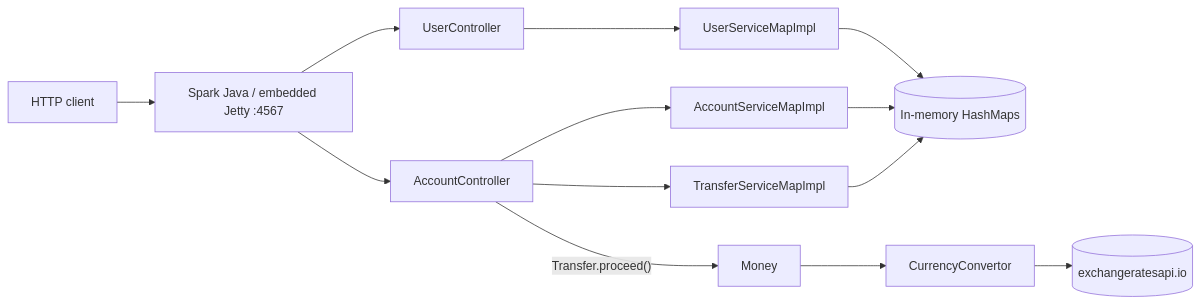
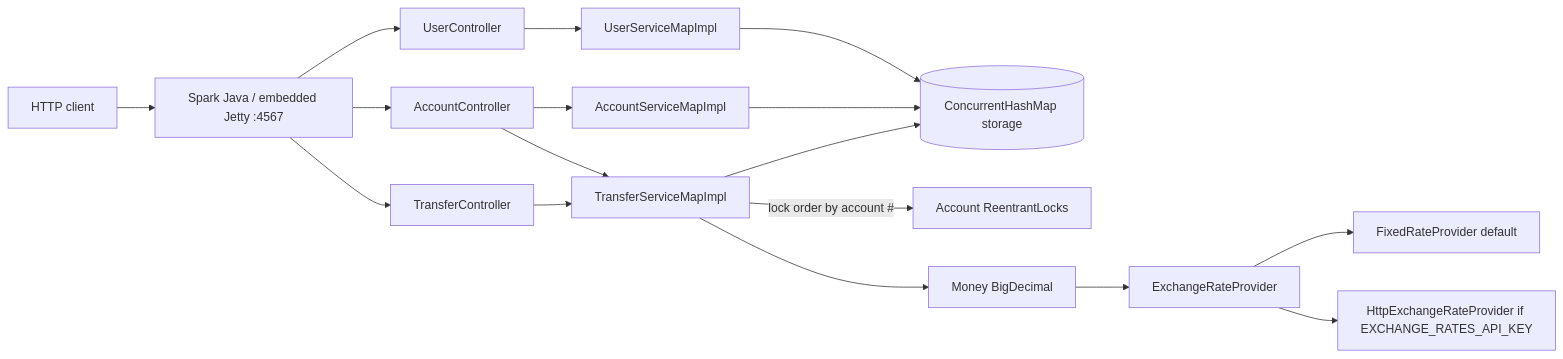
One commit to anirudhpundhir/RevolutMoneyTransfer changed the diagram in README.md. Above: the diagram before and after it, drawn with Mermaid. The commit also changed other lines of this file, not shown here.

````diff
--- a/README.md
+++ b/README.md
@@ -9,12 +9,16 @@
 ```mermaid
 flowchart LR
     C[HTTP client] --> S[Spark Java / embedded Jetty :4567]
     S --> UC[UserController]
     S --> AC[AccountController]
+    S --> TC[TransferController]
     UC --> US[UserServiceMapImpl]
     AC --> AS[AccountServiceMapImpl]
-    AC --> TS[TransferServiceMapImpl]
-    US & AS & TS --> M[(In-memory HashMaps)]
-    AC -- "Transfer.proceed()" --> MO[Money]
-    MO --> FX[CurrencyConvertor] --> API[(exchangeratesapi.io)]
+    AC & TC --> TS[TransferServiceMapImpl]
+    US & AS & TS --> M[(ConcurrentHashMap storage)]
+    TS -- "lock order by account #" --> ACC[Account ReentrantLocks]
+    TS --> MO[Money BigDecimal]
+    MO --> FX[ExchangeRateProvider]
+    FX --> FIX[FixedRateProvider default]
+    FX --> HTTP[HttpExchangeRateProvider if EXCHANGE_RATES_API_KEY]
 ```
````
